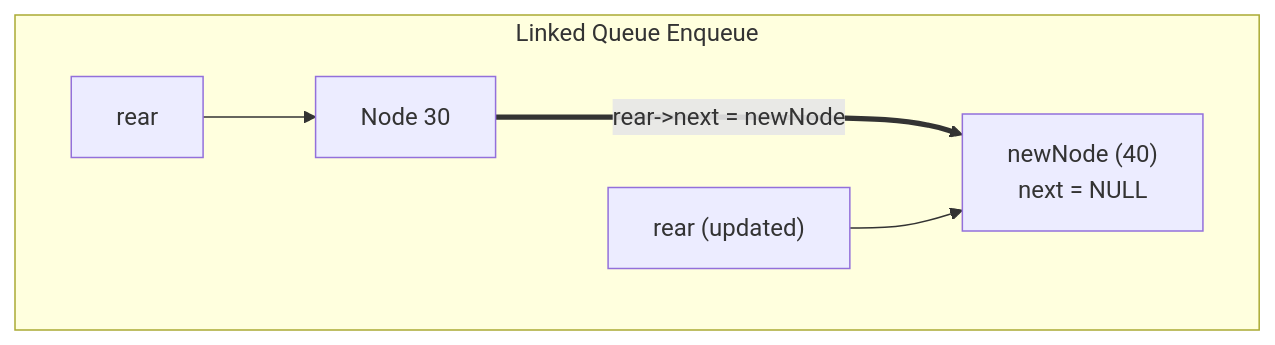
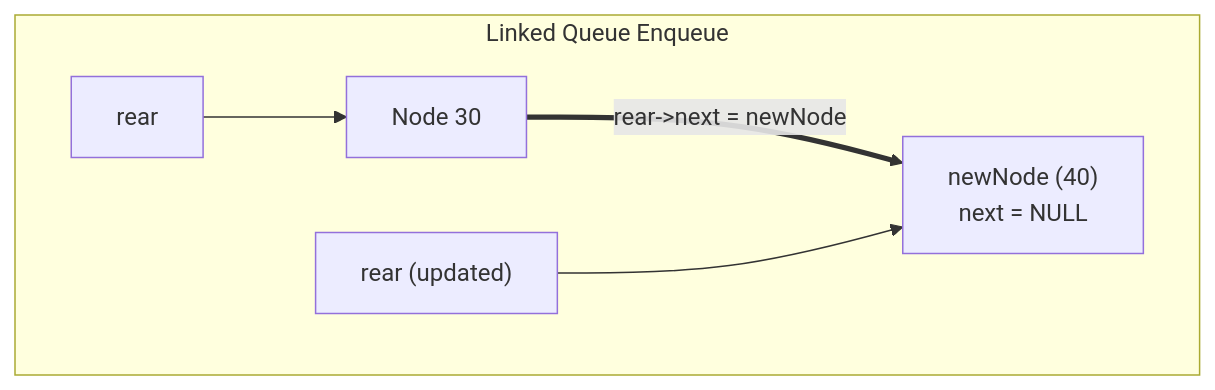
Before and after one commit to YatishGowda09/Sem-3-CSE-Notes: the fifth of 6 diagrams in DSA/Unit 2/L03 - Linear Queues - Array and Linked Implementations.md, drawn with Mermaid. The commit also changed 70 other files, not shown here.

First line of the commit message:
Fix Mermaid diagram syntax for GitHub rendering compatibility

````diff
--- a/DSA/Unit 2/L03 - Linear Queues - Array and Linked Implementations.md
+++ b/DSA/Unit 2/L03 - Linear Queues - Array and Linked Implementations.md
@@ -226,10 +226,10 @@
 ```mermaid
 flowchart TD
     subgraph EnqueueLinked["Linked Queue Enqueue"]
         direction LR
         OLD_R["rear"] --> N30["Node 30"]
-        NEW["newNode (40)\nnext = NULL"]
-        N30 ===>|"rear->next = newNode"| NEW
+        NEW["newNode (40)<br/>next = NULL"]
+        N30 ==>|"rear->next = newNode"| NEW
         R_NEW["rear (updated)"] --> NEW
     end
 ```
````
